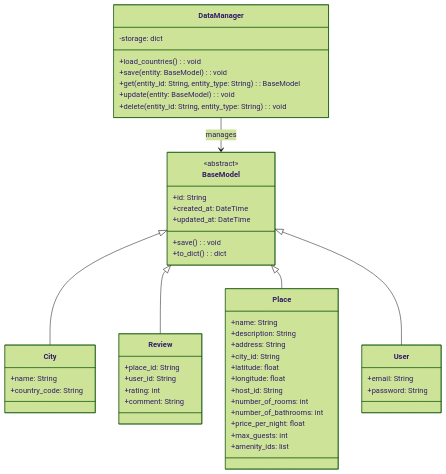
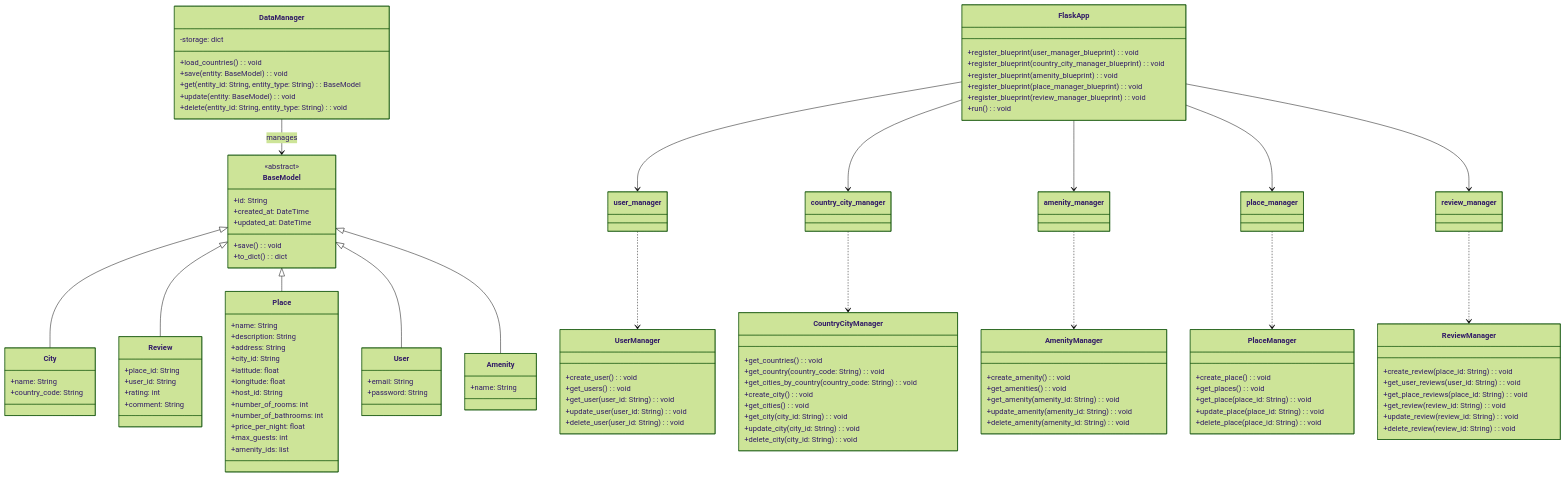
The first of 2 diagrams in README.md (CodeKillaPr/holbertonschool-hbnb-db), drawn with Mermaid (forest theme) before and after one commit.

````diff
--- a/README.md
+++ b/README.md
@@ -96,14 +96,86 @@
         +amenity_ids: list
     }
 
-    BaseModel <|-- City
-    BaseModel <|-- Review
-    BaseModel <|-- Place
-    DataManager --> BaseModel : manages
-
     class User {
         +email: String
         +password: String
     }
+
+    class Amenity {
+        +name: String
+    }
+
+    class FlaskApp {
+        +register_blueprint(user_manager_blueprint): void
+        +register_blueprint(country_city_manager_blueprint): void
+        +register_blueprint(amenity_blueprint): void
+        +register_blueprint(place_manager_blueprint): void
+        +register_blueprint(review_manager_blueprint): void
+        +run(): void
+    }
+
+    class UserManager {
+        +create_user(): void
+        +get_users(): void
+        +get_user(user_id: String): void
+        +update_user(user_id: String): void
+        +delete_user(user_id: String): void
+    }
+
+    class ReviewManager {
+        +create_review(place_id: String): void
+        +get_user_reviews(user_id: String): void
+        +get_place_reviews(place_id: String): void
+        +get_review(review_id: String): void
+        +update_review(review_id: String): void
+        +delete_review(review_id: String): void
+    }
+
+    class PlaceManager {
+        +create_place(): void
+        +get_places(): void
+        +get_place(place_id: String): void
+        +update_place(place_id: String): void
+        +delete_place(place_id: String): void
+    }
+
+    class CountryCityManager {
+        +get_countries(): void
+        +get_country(country_code: String): void
+        +get_cities_by_country(country_code: String): void
+        +create_city(): void
+        +get_cities(): void
+        +get_city(city_id: String): void
+        +update_city(city_id: String): void
+        +delete_city(city_id: String): void
+    }
+
+    class AmenityManager {
+        +create_amenity(): void
+        +get_amenities(): void
+        +get_amenity(amenity_id: String): void
+        +update_amenity(amenity_id: String): void
+        +delete_amenity(amenity_id: String): void
+    }
+
+    BaseModel <|-- City
+    BaseModel <|-- Review
+    BaseModel <|-- Place
     BaseModel <|-- User
+    BaseModel <|-- Amenity
+
+    DataManager --> BaseModel : manages
+
+    FlaskApp --> user_manager
+    FlaskApp --> country_city_manager
+    FlaskApp --> amenity_manager
+    FlaskApp --> place_manager
+    FlaskApp --> review_manager
+
+    user_manager ..> UserManager
+    country_city_manager ..> CountryCityManager
+    amenity_manager ..> AmenityManager
+    place_manager ..> PlaceManager
+    review_manager ..> ReviewManager
+
 ```
````
